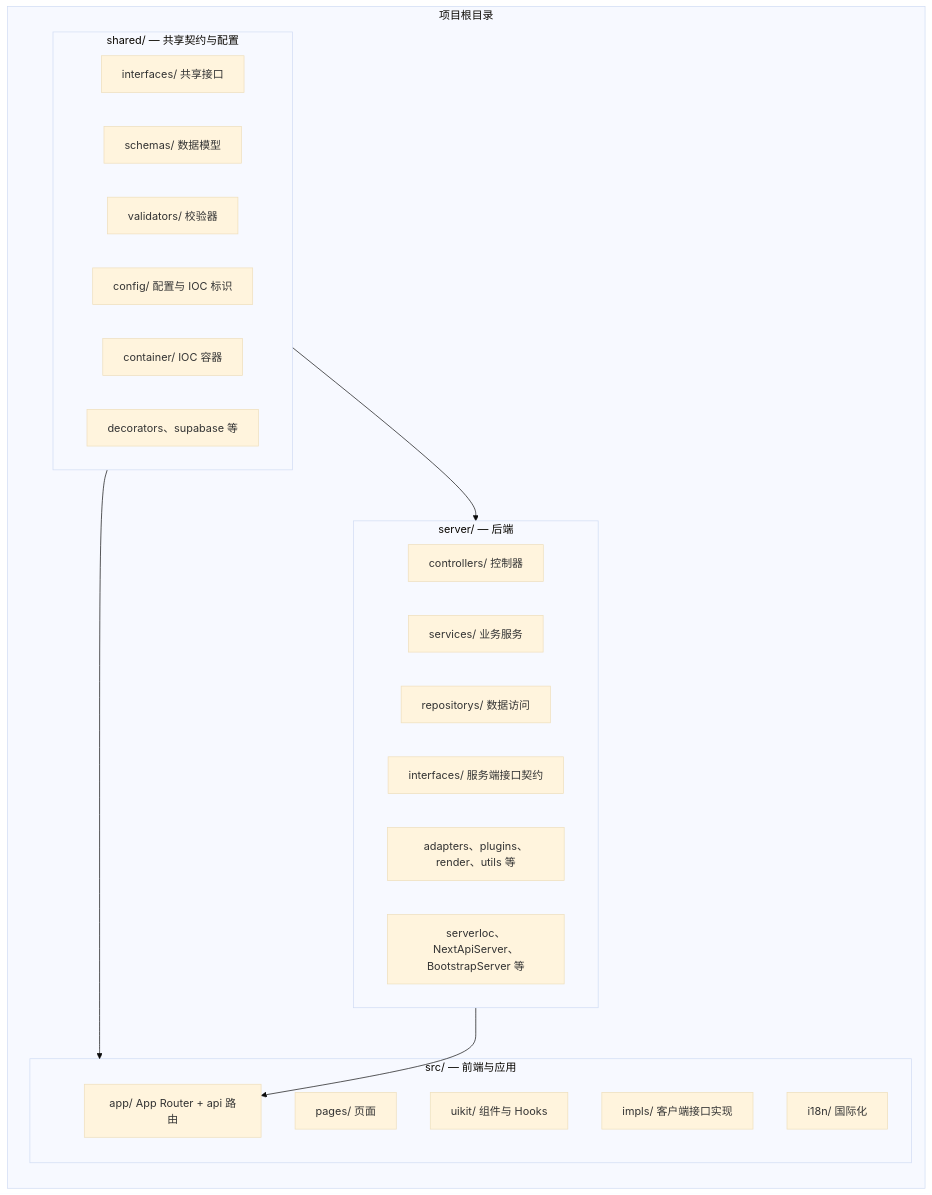
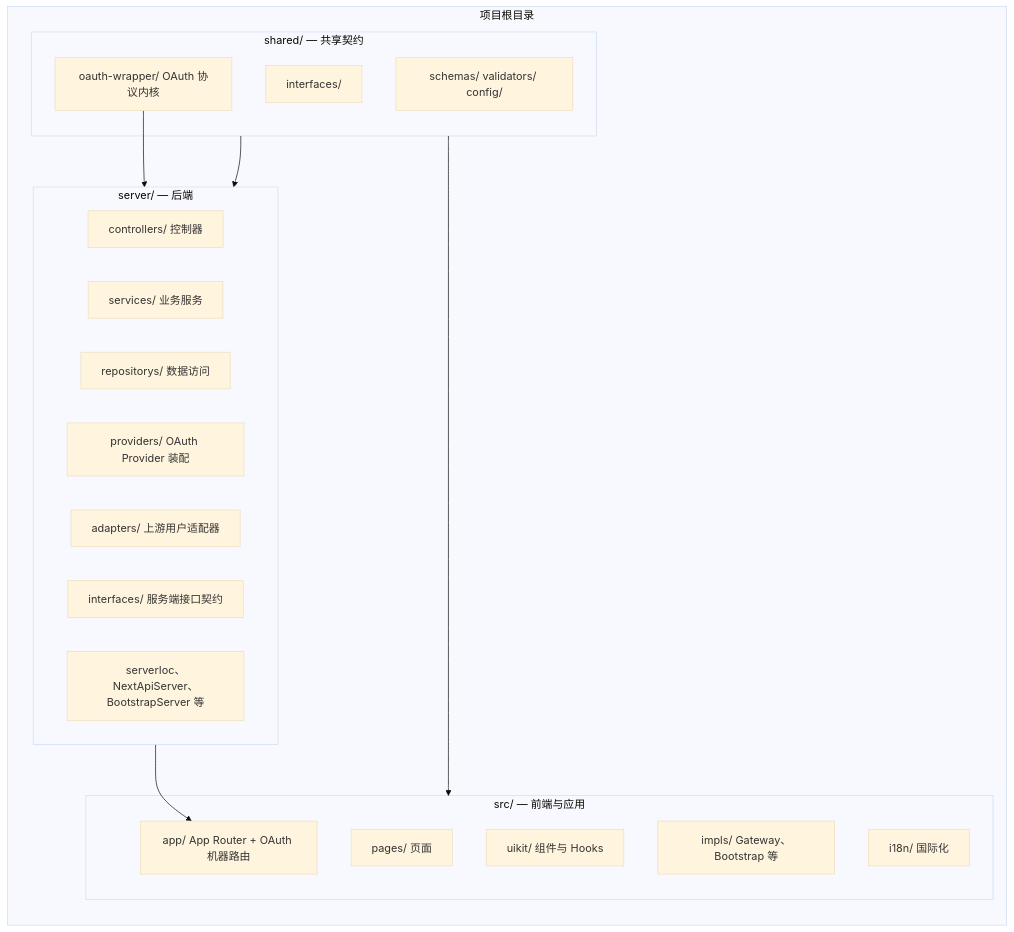
One commit to qlover/brain-toolkit changed the fourth of 5 diagrams in examples/brain-oauth/README.md. Above: the diagram before and after it, drawn with Mermaid (base theme). The commit also changed other lines of this file and 80 other files, not shown here.

First line of the commit message:
feat(brain-oauth): Update OAuth wrapper and server configuration

````diff
--- a/examples/brain-oauth/README.md
+++ b/examples/brain-oauth/README.md
@@ -50,32 +717,31 @@
 ```mermaid
 flowchart TB
   subgraph root["项目根目录"]
     direction TB
     subgraph server["server/ — 后端"]
       S_CTL["controllers/ 控制器"]
       S_SVC["services/ 业务服务"]
       S_REP["repositorys/ 数据访问"]
+      S_PRV["providers/ OAuth Provider 装配"]
+      S_ADP["adapters/ 上游用户适配器"]
       S_IF["interfaces/ 服务端接口契约"]
-      S_EXT["adapters、plugins、render、utils 等"]
       S_ROOT["serverIoc、NextApiServer、BootstrapServer 等"]
     end
     subgraph src["src/ — 前端与应用"]
-      A_APP["app/ App Router + api 路由"]
+      A_APP["app/ App Router + OAuth 机器路由"]
       A_PAGES["pages/ 页面"]
       A_UI["uikit/ 组件与 Hooks"]
-      A_IMPL["impls/ 客户端接口实现"]
+      A_IMPL["impls/ Gateway、Bootstrap 等"]
       A_I18N["i18n/ 国际化"]
     end
-    subgraph shared["shared/ — 共享契约与配置"]
-      SH_IF["interfaces/ 共享接口"]
-      SH_SC["schemas/ 数据模型"]
-      SH_VAL["validators/ 校验器"]
-      SH_CFG["config/ 配置与 IOC 标识"]
-      SH_CTN["container/ IOC 容器"]
-      SH_MORE["decorators、supabase 等"]
+    subgraph shared["shared/ — 共享契约"]
+      OW["oauth-wrapper/ OAuth 协议内核"]
+      SH_IF["interfaces/"]
+      SH_SC["schemas/ validators/ config/"]
     end
   end
+  OW --> server
   shared --> server
   shared --> src
   server --> A_APP
 ```
````
